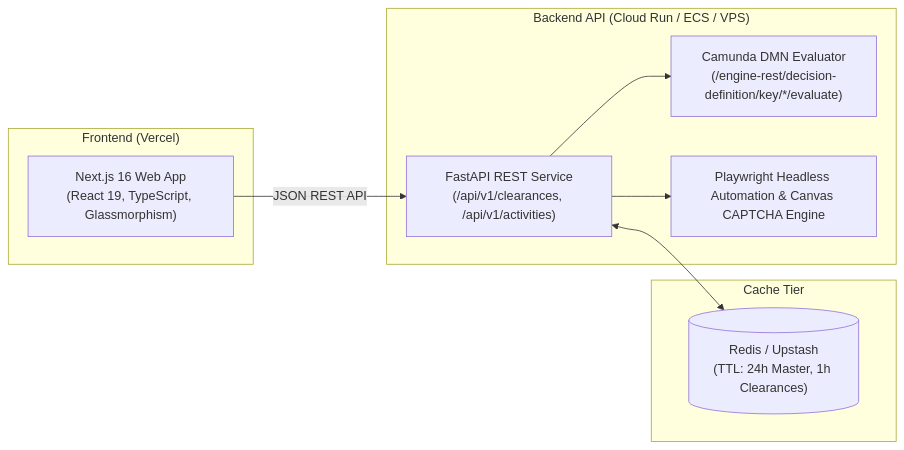
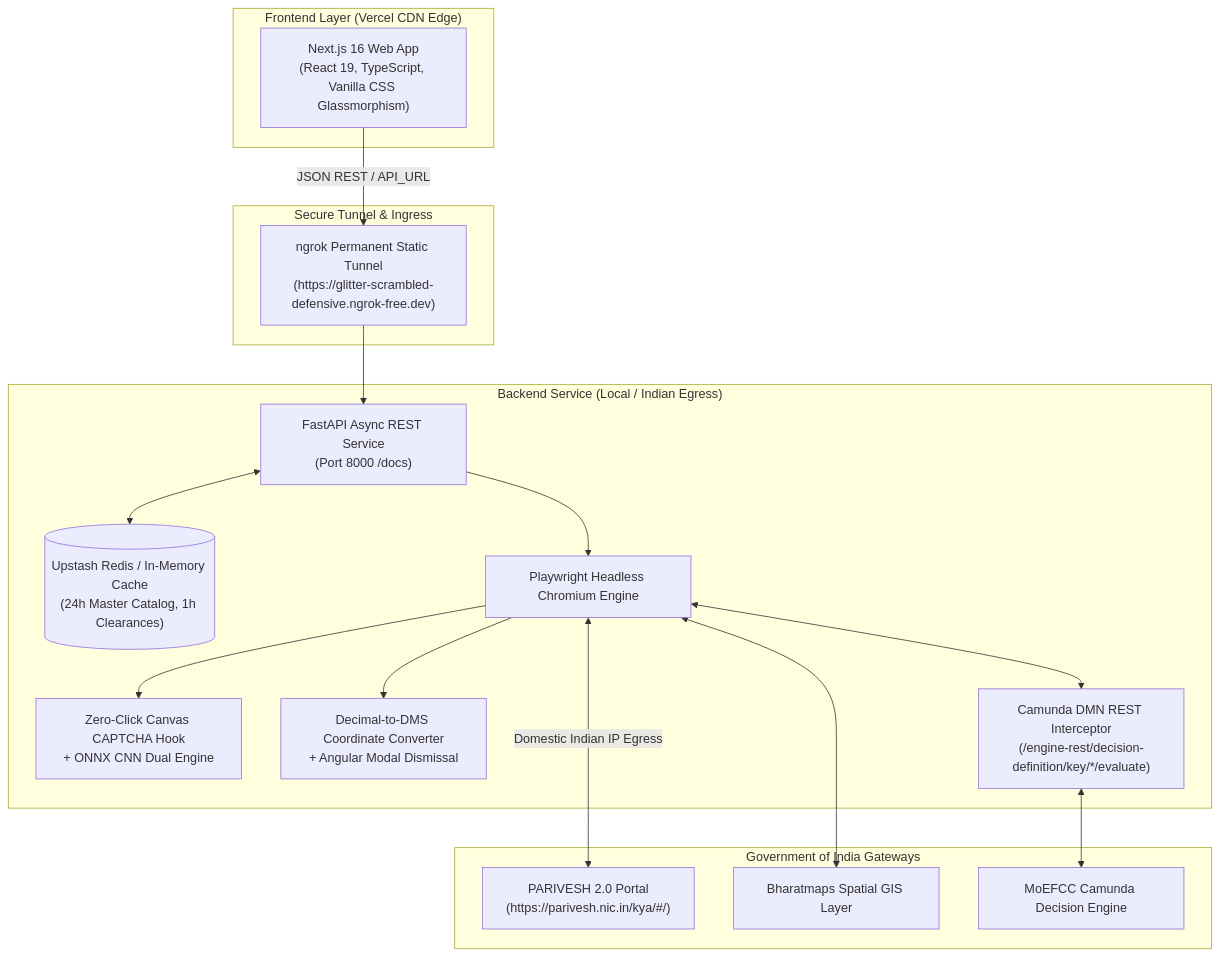
One commit to Baazigar111/Parivesh-KYA-GOI changed the diagram in README.md. Above: the diagram before and after it, drawn with Mermaid. The commit also changed other lines of this file and 4 other files, not shown here.

Commit message:
docs: comprehensive README with tech stack rationale, architecture diagrams, and removal of obsolete deployment files

````diff
--- a/README.md
+++ b/README.md
@@ -11,21 +16,36 @@
 ```mermaid
-flowchart LR
-    subgraph Frontend_Tier ["Frontend (Vercel)"]
-        FE["Next.js 16 Web App\n(React 19, TypeScript, Glassmorphism)"]
+flowchart TD
+    subgraph Frontend_Tier ["Frontend Layer (Vercel CDN Edge)"]
+        UI["Next.js 16 Web App\n(React 19, TypeScript, Vanilla CSS Glassmorphism)"]
     end
 
-    subgraph Backend_Tier ["Backend API (Cloud Run / ECS / VPS)"]
-        API["FastAPI REST Service\n(/api/v1/clearances, /api/v1/activities)"]
-        DMN["Camunda DMN Evaluator\n(/engine-rest/decision-definition/key/*/evaluate)"]
-        ENGINE["Playwright Headless Automation & Canvas CAPTCHA Engine"]
+    subgraph Ingress_Tier ["Secure Tunnel & Ingress"]
+        TUNNEL["ngrok Permanent Static Tunnel\n(https://glitter-scrambled-defensive.ngrok-free.dev)"]
     end
 
-    subgraph Storage_Cache ["Cache Tier"]
-        CACHE[("Redis / Upstash\n(TTL: 24h Master, 1h Clearances)")]
+    subgraph Backend_Tier ["Backend Service (Local / Indian Egress)"]
+        API["FastAPI Async REST Service\n(Port 8000 /docs)"]
+        CACHE[("Upstash Redis / In-Memory Cache\n(24h Master Catalog, 1h Clearances)")]
+        ENGINE["Playwright Headless Chromium Engine"]
+        CAPTCHA["Zero-Click Canvas CAPTCHA Hook\n+ ONNX CNN Dual Engine"]
+        DMS["Decimal-to-DMS Coordinate Converter\n+ Angular Modal Dismissal"]
+        DMN["Camunda DMN REST Interceptor\n(/engine-rest/decision-definition/key/*/evaluate)"]
     end
 
-    FE -->|JSON REST API| API
+    subgraph Government_Tier ["Government of India Gateways"]
+        NIC["PARIVESH 2.0 Portal\n(https://parivesh.nic.in/kya/#/)"]
+        BHARAT["Bharatmaps Spatial GIS Layer"]
+        CAMUNDA_GOV["MoEFCC Camunda Decision Engine"]
+    end
+
+    UI -->|JSON REST / API_URL| TUNNEL
+    TUNNEL --> API
     API <--> CACHE
-    API --> DMN
     API --> ENGINE
+    ENGINE --> CAPTCHA
+    ENGINE --> DMS
+    ENGINE <-->|Domestic Indian IP Egress| NIC
+    ENGINE <--> BHARAT
+    ENGINE <--> DMN
+    DMN <--> CAMUNDA_GOV
 ```
````
